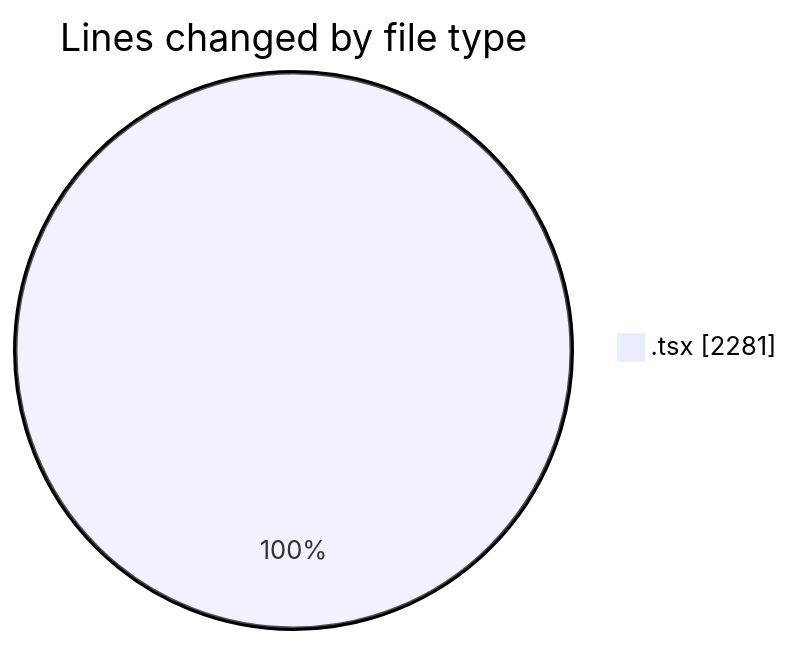
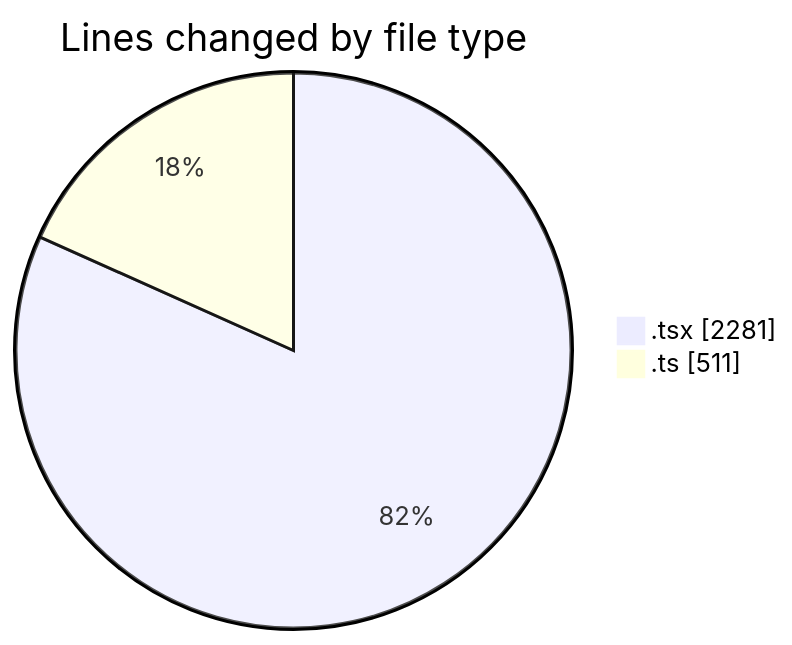
The first of 2 diagrams in 2026-02-22/nxtqube_webapp/README.md (nxtqubesakshisongat/code-tracking), drawn with Mermaid before and after one commit. The commit also changed other lines of this file and 1 other file, not shown here.

````diff
--- a/2026-02-22/nxtqube_webapp/README.md
+++ b/2026-02-22/nxtqube_webapp/README.md
@@ -20,5 +21,6 @@
 ```mermaid
 pie showData
 title Lines changed by file type
 ".tsx" : 2281
+".ts" : 511
 ```
````
